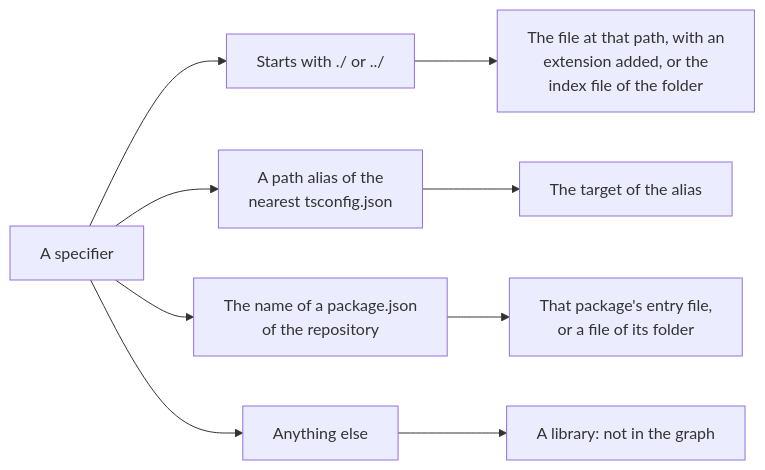
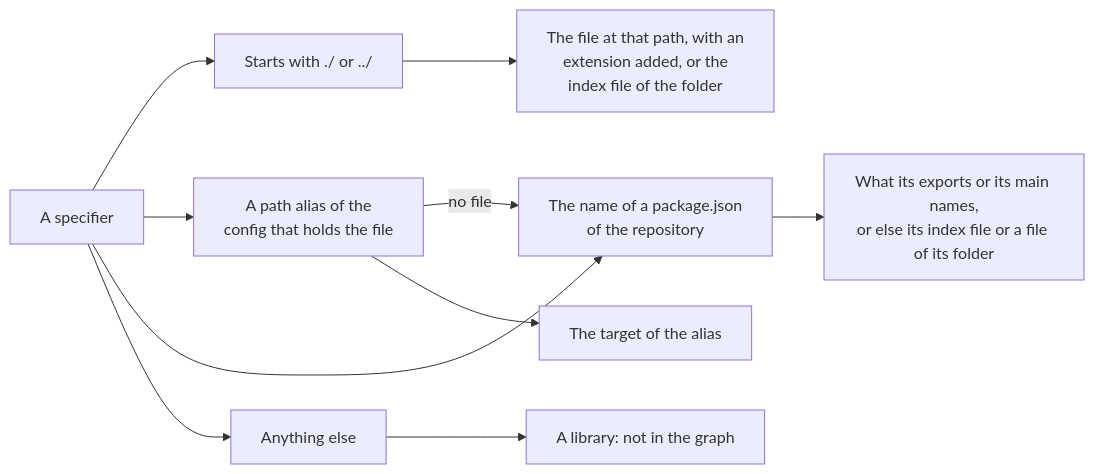
One commit to kidlat-dakila/flight-plan changed the first of 2 diagrams in docs/vocabulary/codegraph/languages/typescript.md. Above: the diagram before and after it, drawn with Mermaid. The commit also changed other lines of this file and 24 other files, not shown here.

````diff
--- a/docs/vocabulary/codegraph/languages/typescript.md
+++ b/docs/vocabulary/codegraph/languages/typescript.md
@@ -33,11 +35,12 @@
 ```mermaid
 flowchart LR
   specifier["A specifier"] --> relative["Starts with ./ or ../"]
-  specifier --> alias["A path alias of the<br/>nearest tsconfig.json"]
+  specifier --> alias["A path alias of the<br/>config that holds the file"]
+  alias -->|no file| workspace
   specifier --> workspace["The name of a package.json<br/>of the repository"]
   specifier --> other["Anything else"]
   relative --> byPath["The file at that path, with an<br/>extension added, or the<br/>index file of the folder"]
   alias --> byAlias["The target of the alias"]
-  workspace --> byPackage["That package's entry file,<br/>or a file of its folder"]
+  workspace --> byPackage["What its exports or its main names,<br/>or else its index file or a file of its folder"]
   other --> external["A library: not in the graph"]
 ```
````
